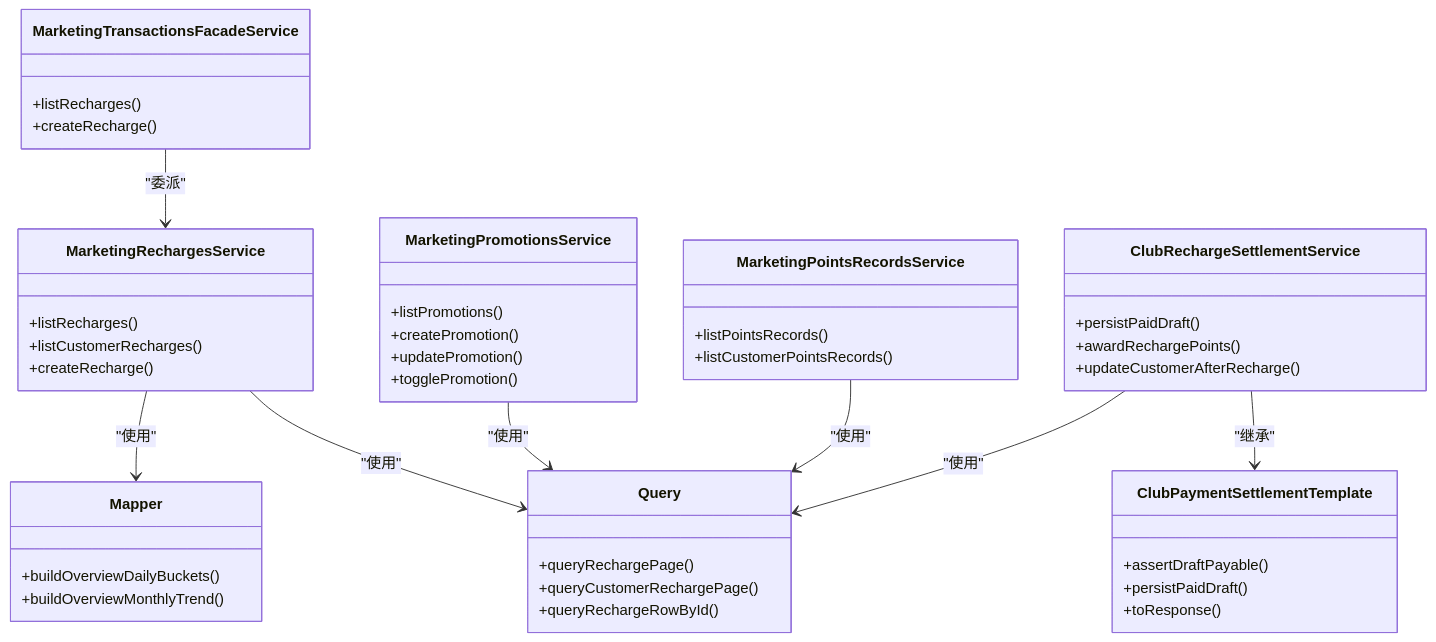
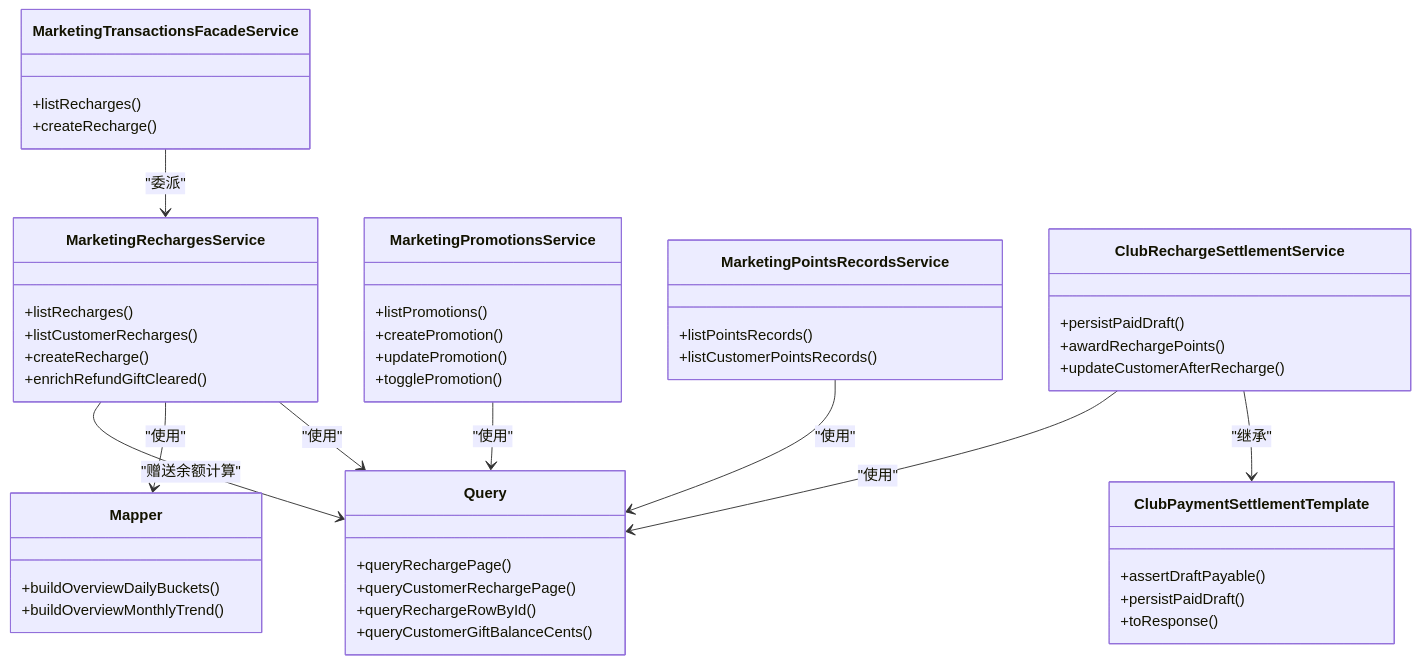
The sixth of 6 diagrams in .qoder/repowiki/zh/content/业务模块/营销推广模块/充值管理.md (rc558620/purelyprofit-server), drawn with Mermaid before and after one commit. The commit also changed other lines of this file and 93 other files, not shown here.

````diff
--- a/.qoder/repowiki/zh/content/业务模块/营销推广模块/充值管理.md
+++ b/.qoder/repowiki/zh/content/业务模块/营销推广模块/充值管理.md
@@ -347,48 +402,51 @@
 ```mermaid
 classDiagram
 class MarketingRechargesService {
 +listRecharges()
 +listCustomerRecharges()
 +createRecharge()
++enrichRefundGiftCleared()
 }
 class MarketingTransactionsFacadeService {
 +listRecharges()
 +createRecharge()
 }
 class MarketingPromotionsService {
 +listPromotions()
 +createPromotion()
 +updatePromotion()
 +togglePromotion()
 }
 class MarketingPointsRecordsService {
 +listPointsRecords()
 +listCustomerPointsRecords()
 }
 class ClubRechargeSettlementService {
 +persistPaidDraft()
 +awardRechargePoints()
 +updateCustomerAfterRecharge()
 }
 class ClubPaymentSettlementTemplate {
 +assertDraftPayable()
 +persistPaidDraft()
 +toResponse()
 }
 class Query {
 +queryRechargePage()
 +queryCustomerRechargePage()
 +queryRechargeRowById()
++queryCustomerGiftBalanceCents()
 }
 class Mapper {
 +buildOverviewDailyBuckets()
 +buildOverviewMonthlyTrend()
 }
 MarketingTransactionsFacadeService --> MarketingRechargesService : "委派"
 MarketingRechargesService --> Query : "使用"
 MarketingRechargesService --> Mapper : "使用"
 MarketingPromotionsService --> Query : "使用"
 MarketingPointsRecordsService --> Query : "使用"
 ClubRechargeSettlementService --> ClubPaymentSettlementTemplate : "继承"
 ClubRechargeSettlementService --> Query : "使用"
+MarketingRechargesService --> Query : "赠送余额计算"
 ```
````
